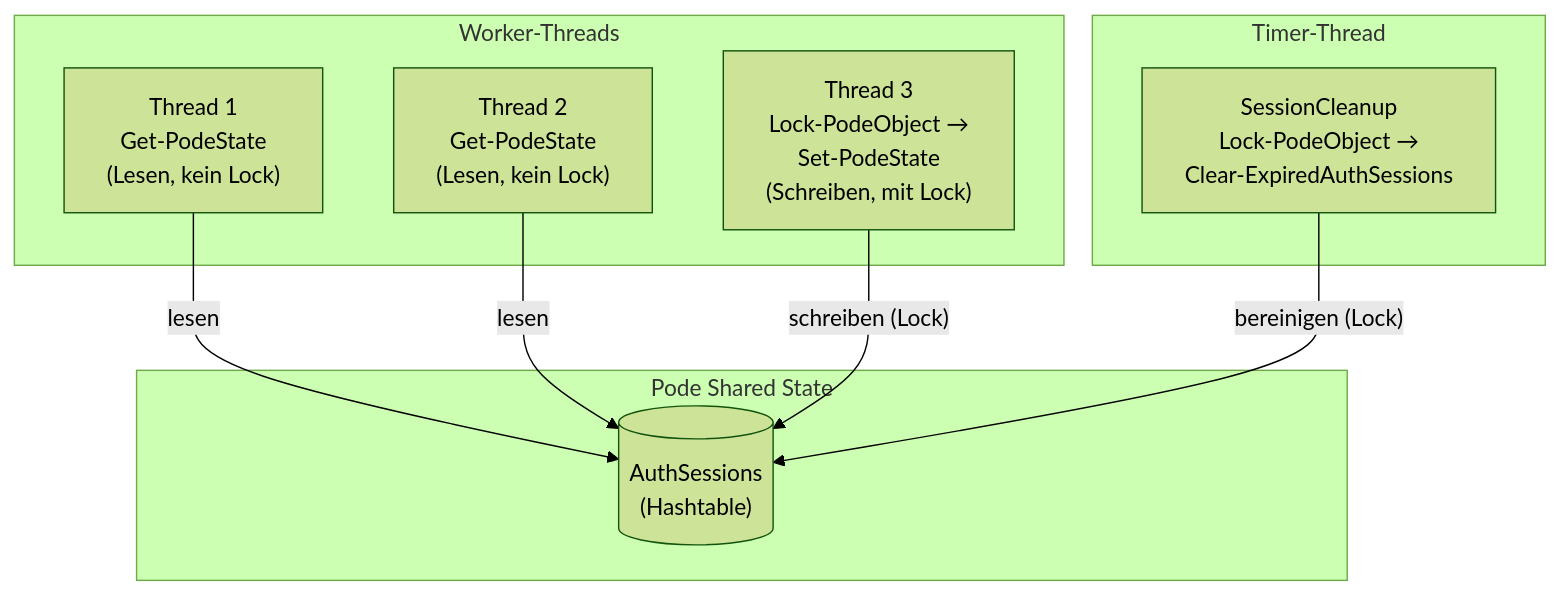
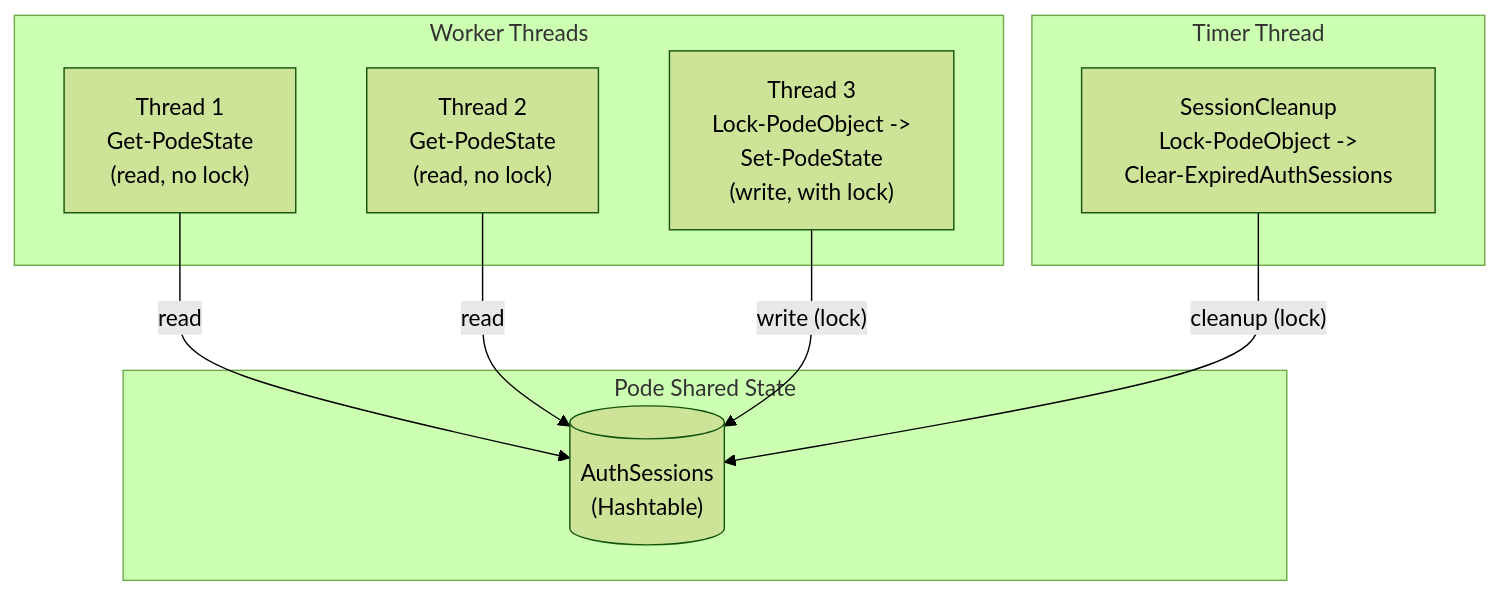
One commit to l-gosling/PIMActivation-Web changed the third of 3 diagrams in pode-onboarding.md. Above: the diagram before and after it, drawn with Mermaid (forest theme). The commit also changed other lines of this file and 4 other files, not shown here.

````diff
--- a/pode-onboarding.md
+++ b/pode-onboarding.md
@@ -326,21 +327,21 @@
 ```mermaid
 graph TB
     subgraph "Pode Shared State"
         State[("AuthSessions<br/>(Hashtable)")]
     end
 
-    subgraph "Worker-Threads"
-        W1["Thread 1<br/>Get-PodeState<br/>(Lesen, kein Lock)"]
-        W2["Thread 2<br/>Get-PodeState<br/>(Lesen, kein Lock)"]
-        W3["Thread 3<br/>Lock-PodeObject →<br/>Set-PodeState<br/>(Schreiben, mit Lock)"]
+    subgraph "Worker Threads"
+        W1["Thread 1<br/>Get-PodeState<br/>(read, no lock)"]
+        W2["Thread 2<br/>Get-PodeState<br/>(read, no lock)"]
+        W3["Thread 3<br/>Lock-PodeObject -><br/>Set-PodeState<br/>(write, with lock)"]
     end
 
-    subgraph "Timer-Thread"
-        T["SessionCleanup<br/>Lock-PodeObject →<br/>Clear-ExpiredAuthSessions"]
+    subgraph "Timer Thread"
+        T["SessionCleanup<br/>Lock-PodeObject -><br/>Clear-ExpiredAuthSessions"]
     end
 
-    W1 -->|"lesen"| State
-    W2 -->|"lesen"| State
-    W3 -->|"schreiben (Lock)"| State
-    T -->|"bereinigen (Lock)"| State
+    W1 -->|"read"| State
+    W2 -->|"read"| State
+    W3 -->|"write (lock)"| State
+    T -->|"cleanup (lock)"| State
 ```
````
